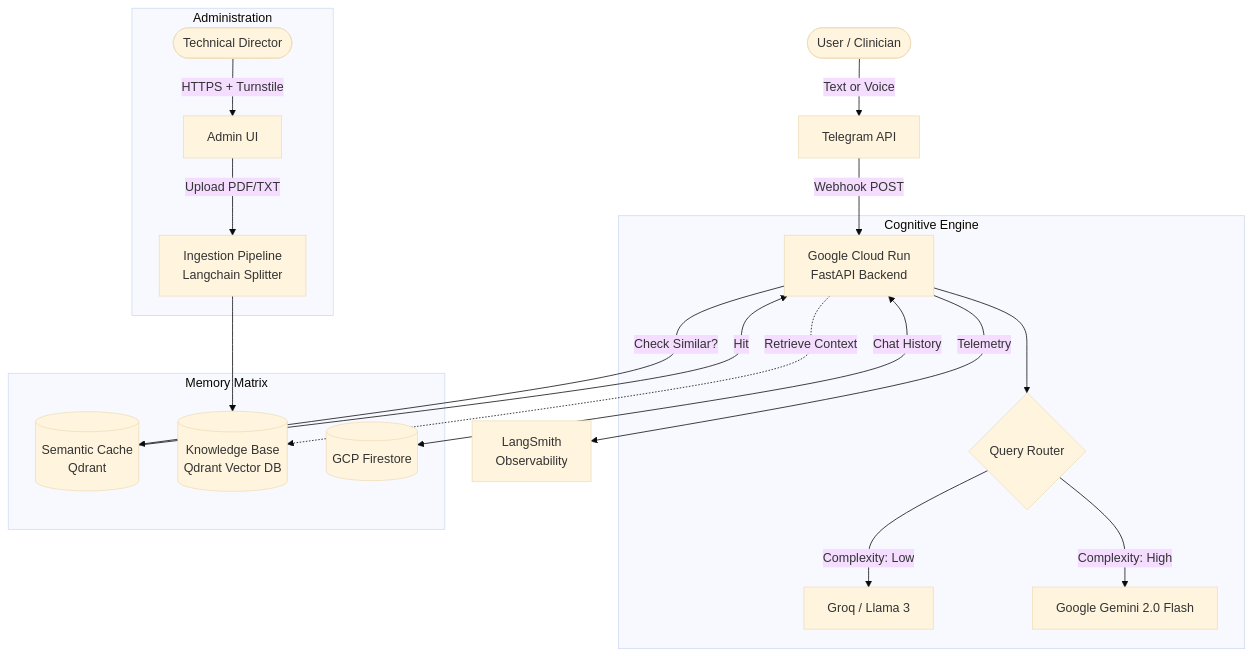
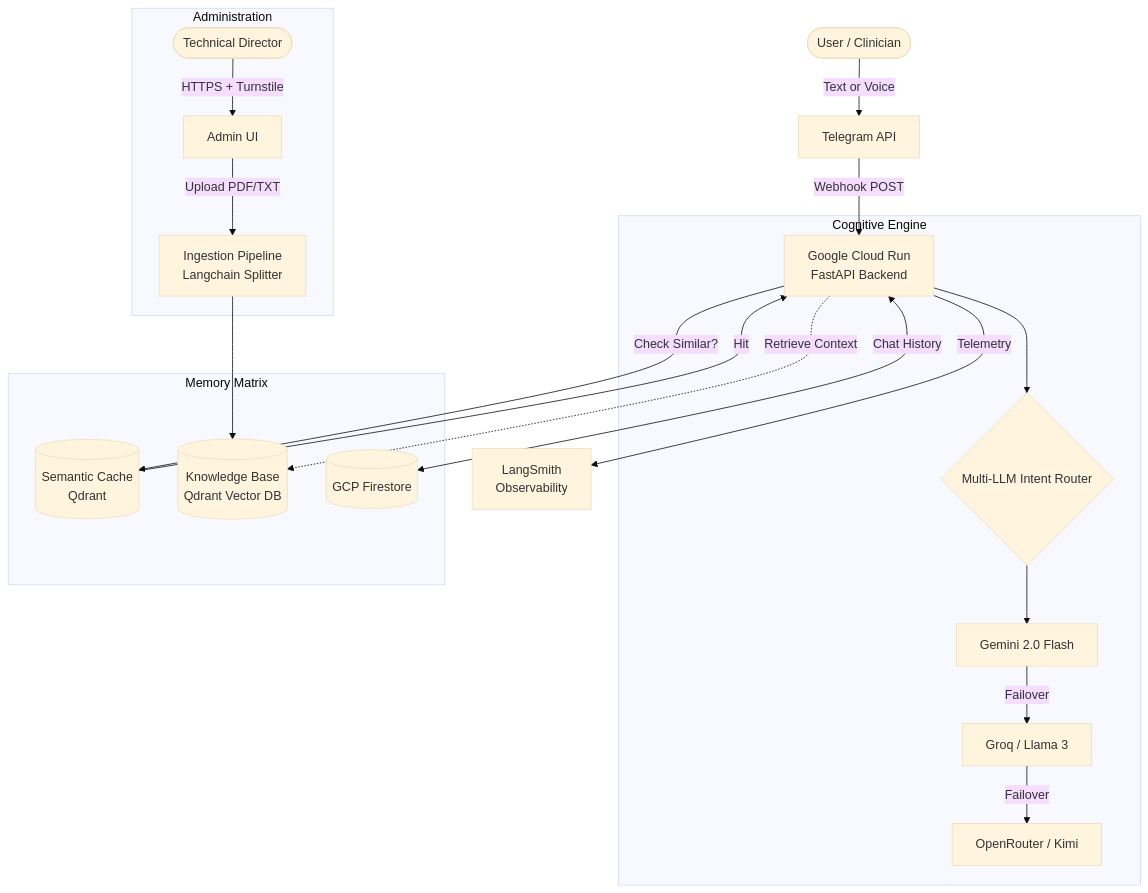
Before and after one commit to ericfloriano/rag-agent-v2: the diagram in README.md, drawn with Mermaid (base theme).

Commit message:
docs: update Mermaid diagram to reflect Multi-LLM Cascade Resilience

````diff
--- a/README.md
+++ b/README.md
@@ -30,26 +30,27 @@
 ```mermaid
 graph TD
     User([User / Clinician]) -->|Text or Voice| Telegram[Telegram API]
     Telegram -->|Webhook POST| CR[Google Cloud Run<br>FastAPI Backend]
     CR -->|Telemetry| LS[LangSmith<br>Observability]
     
     subgraph Cognitive Engine
-        CR --> Router{Query Router}
-        Router -->|Complexity: Low| Groq[Groq / Llama 3]
-        Router -->|Complexity: High| Gemini[Google Gemini 2.0 Flash]
+        CR --> Router{Multi-LLM Intent Router}
+        Router --> Primary[Gemini 2.0 Flash]
+        Primary -- Failover --> Secondary[Groq / Llama 3]
+        Secondary -- Failover --> Tertiary[OpenRouter / Kimi]
     end
     
     subgraph Memory Matrix
         CR -->|Check Similar?| Cache[(Semantic Cache<br>Qdrant)]
         CR -.->|Retrieve Context| VectorDB[(Knowledge Base<br>Qdrant Vector DB)]
         CR <-->|Chat History| Firestore[(GCP Firestore)]
     end
     
     subgraph Administration
         Admin([Technical Director]) -->|HTTPS + Turnstile| WebPanel[Admin UI]
         WebPanel -->|Upload PDF/TXT| Ingestion[Ingestion Pipeline<br>Langchain Splitter]
         Ingestion --> VectorDB
     end
 
     Cache -- Hit --> CR
 ```
````
